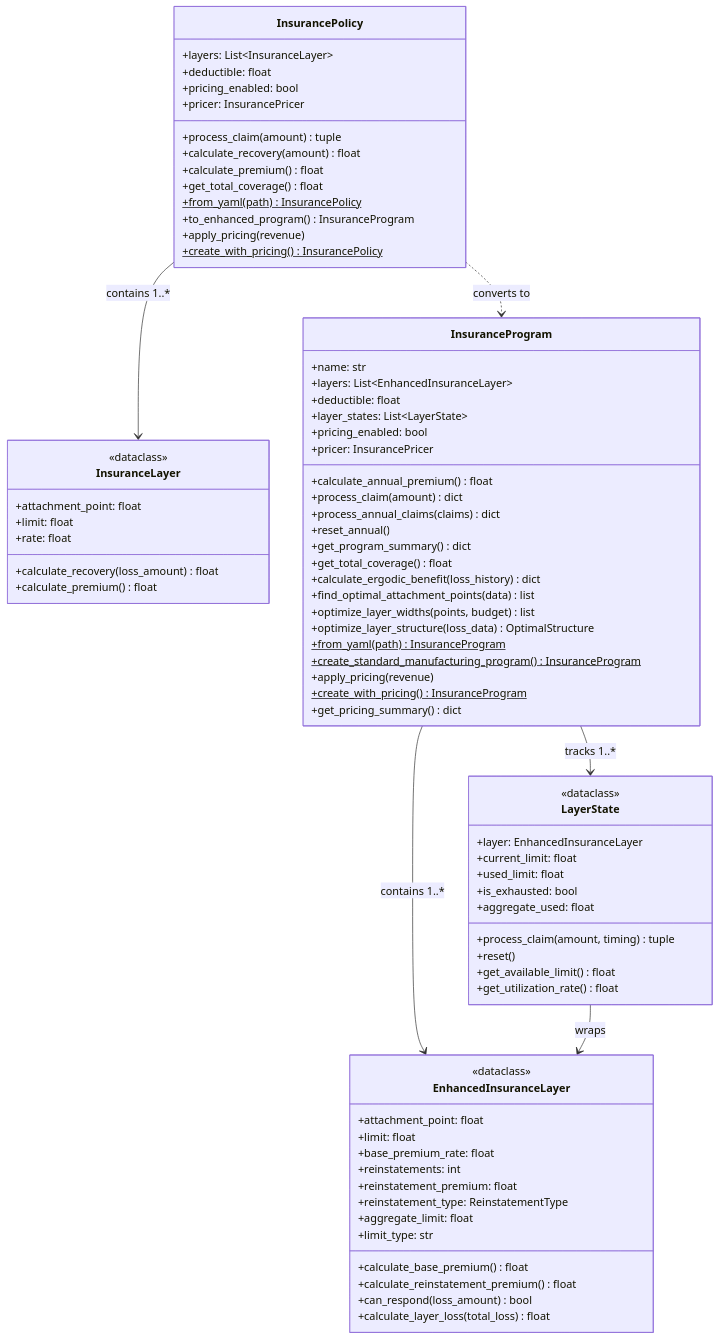
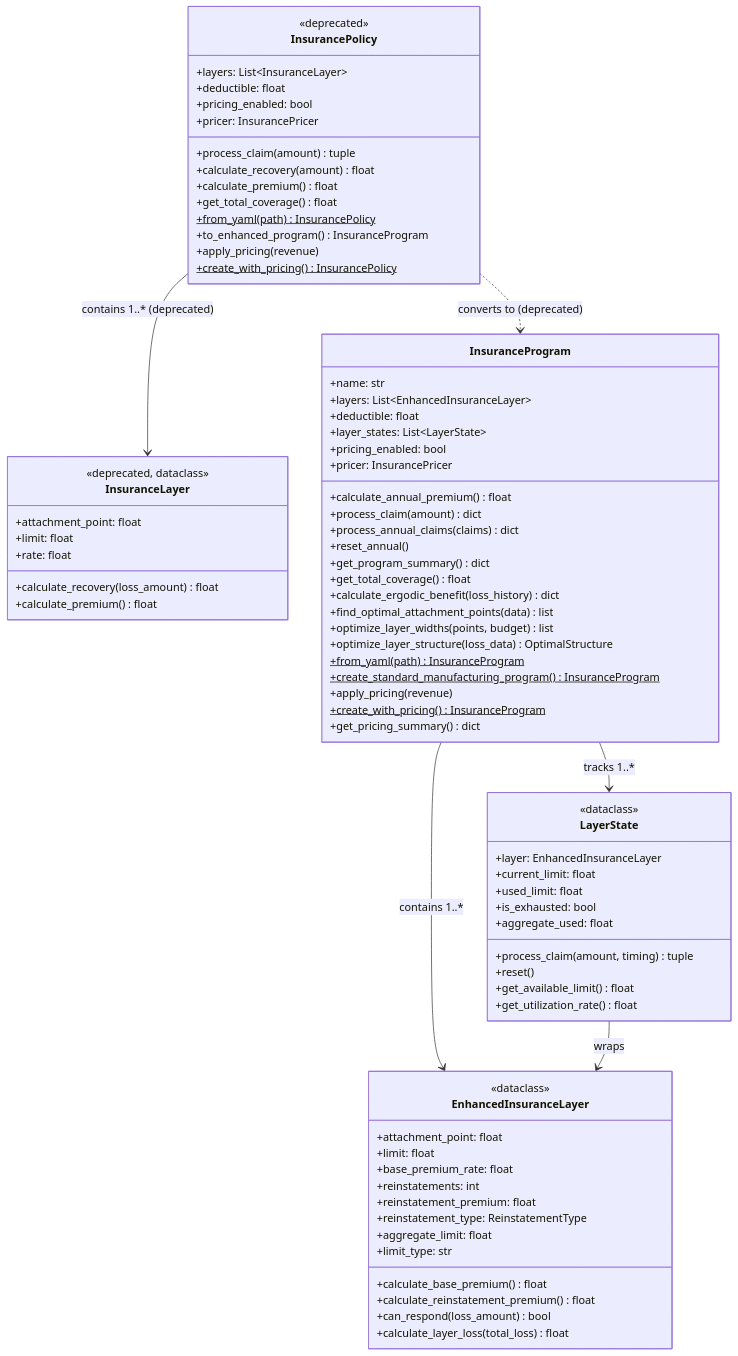
One commit to AlexFiliakov/Ergodic-Insurance-Limits changed the third of 6 diagrams in ergodic_insurance/docs/architecture/class_diagrams/core_classes.md. Above: the diagram before and after it, drawn with Mermaid. The commit also changed other lines of this file and 105 other files, not shown here.

First line of the commit message:
feat!: API cleanup — rename SimulationResults, deprecate InsurancePolicy, and fix validation (#579)

````diff
--- a/ergodic_insurance/docs/architecture/class_diagrams/core_classes.md
+++ b/ergodic_insurance/docs/architecture/class_diagrams/core_classes.md
@@ -206,6 +207,7 @@
 ```{mermaid}
 classDiagram
     class InsurancePolicy {
+        <<deprecated>>
         +layers: List~InsuranceLayer~
         +deductible: float
         +pricing_enabled: bool
@@ -221,7 +223,7 @@
     }
 
     class InsuranceLayer {
-        <<dataclass>>
+        <<deprecated, dataclass>>
         +attachment_point: float
         +limit: float
         +rate: float
@@ -282,8 +284,8 @@
         +get_utilization_rate() float
     }
 
-    InsurancePolicy --> InsuranceLayer : contains 1..*
-    InsurancePolicy ..> InsuranceProgram : converts to
+    InsurancePolicy --> InsuranceLayer : contains 1..* (deprecated)
+    InsurancePolicy ..> InsuranceProgram : converts to (deprecated)
 
     InsuranceProgram --> EnhancedInsuranceLayer : contains 1..*
     InsuranceProgram --> LayerState : tracks 1..*
````
